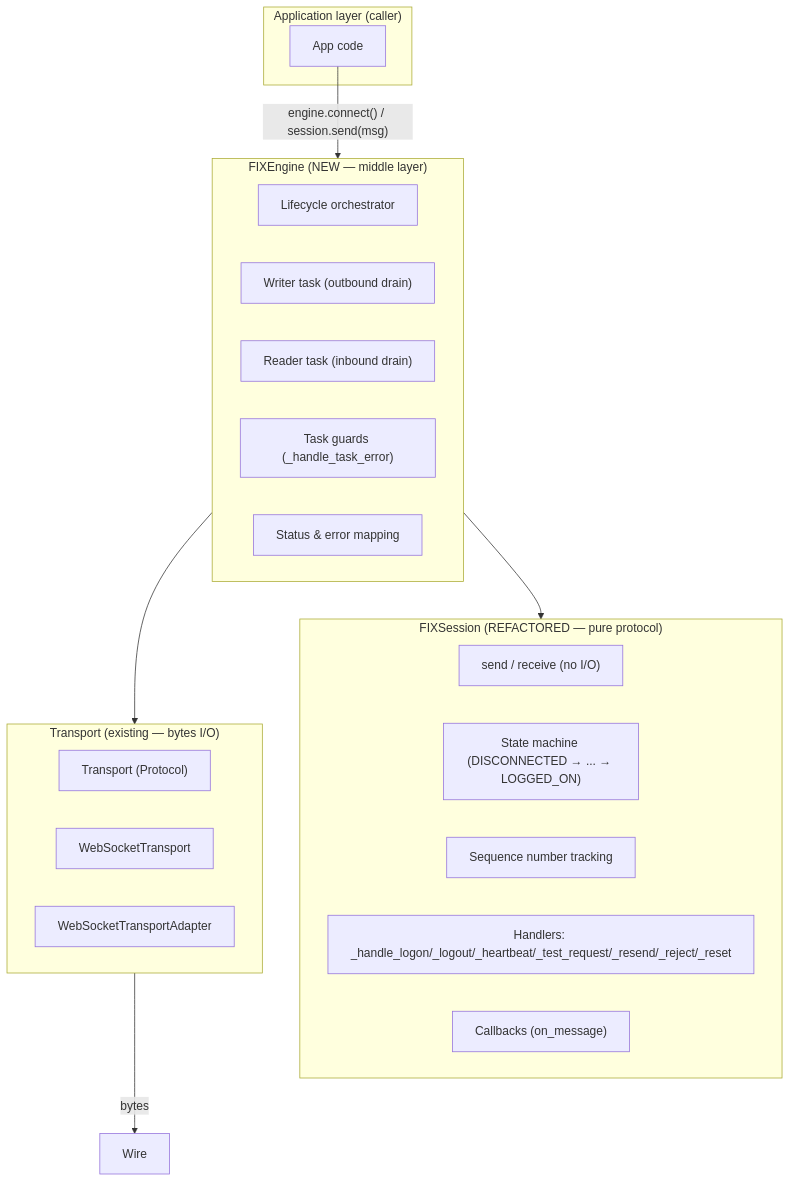
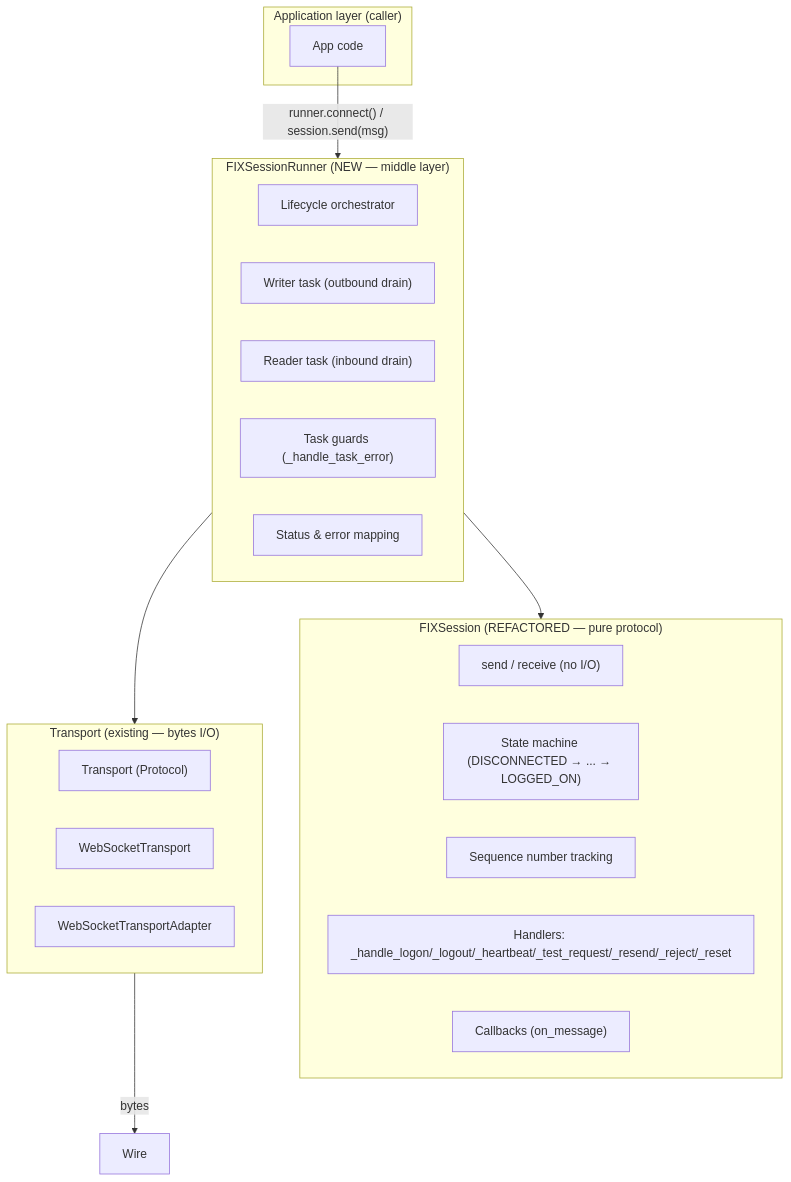
Before and after one commit to MatiasAgelvis/Fixwire: the first of 6 diagrams in docs/design/session-transport.md, drawn with Mermaid. The commit also changed other lines of this file and 9 other files, not shown here.

First line of the commit message:
refactor(runner): rename FIXEngine to FIXSessionRunner

````diff
--- a/docs/design/session-transport.md
+++ b/docs/design/session-transport.md
@@ -39,33 +39,33 @@
 ```mermaid
 graph TD
     subgraph App["Application layer (caller)"]
         A["App code"]
     end
 
-    subgraph Engine["FIXEngine (NEW — middle layer)"]
+    subgraph Runner["FIXSessionRunner (NEW — middle layer)"]
         E1["Lifecycle orchestrator"]
         E2["Writer task (outbound drain)"]
         E3["Reader task (inbound drain)"]
         E4["Task guards (_handle_task_error)"]
         E5["Status & error mapping"]
     end
 
     subgraph Session["FIXSession (REFACTORED — pure protocol)"]
         S1["send / receive (no I/O)"]
         S2["State machine (DISCONNECTED → ... → LOGGED_ON)"]
         S3["Sequence number tracking"]
         S4["Handlers: _handle_logon/_logout/_heartbeat/_test_request/_resend/_reject/_reset"]
         S5["Callbacks (on_message)"]
     end
 
     subgraph Transport["Transport (existing — bytes I/O)"]
         T1["Transport (Protocol)"]
         T2["WebSocketTransport"]
         T3["WebSocketTransportAdapter"]
     end
 
-    A -->|"engine.connect() / session.send(msg)"| Engine
-    Engine --> Session
-    Engine --> Transport
+    A -->|"runner.connect() / session.send(msg)"| Runner
+    Runner --> Session
+    Runner --> Transport
     Transport -->|"bytes"| Socket["Wire"]
 ```
````
